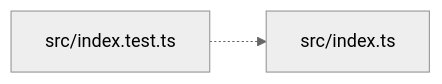
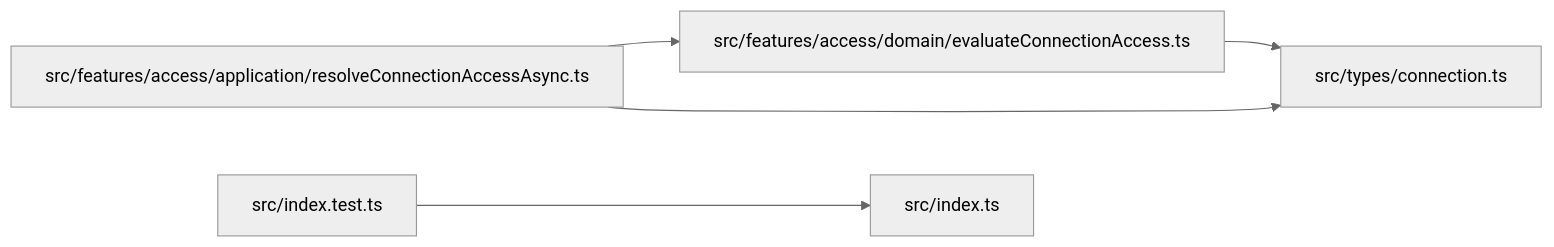
The diagram in docs/diagrams/module-relationships.mmd (ankhorage/connection), drawn with Mermaid (neutral theme) before and after one commit. The commit also changed 13 other files, not shown here.

```diff
--- a/docs/diagrams/module-relationships.mmd
+++ b/docs/diagrams/module-relationships.mmd
@@ -1,4 +1,10 @@
 graph LR
+  module_src_features_access_application_resolveConnectionAccessAsync_ts["src/features/access/application/resolveConnectionAccessAsync.ts"]
+  module_src_features_access_domain_evaluateConnectionAccess_ts["src/features/access/domain/evaluateConnectionAccess.ts"]
   module_src_index_test_ts["src/index.test.ts"]
   module_src_index_ts["src/index.ts"]
-  module_src_index_test_ts -.-> module_src_index_ts
+  module_src_types_connection_ts["src/types/connection.ts"]
+  module_src_features_access_application_resolveConnectionAccessAsync_ts --> module_src_features_access_domain_evaluateConnectionAccess_ts
+  module_src_features_access_application_resolveConnectionAccessAsync_ts --> module_src_types_connection_ts
+  module_src_features_access_domain_evaluateConnectionAccess_ts --> module_src_types_connection_ts
+  module_src_index_test_ts --> module_src_index_ts
```
